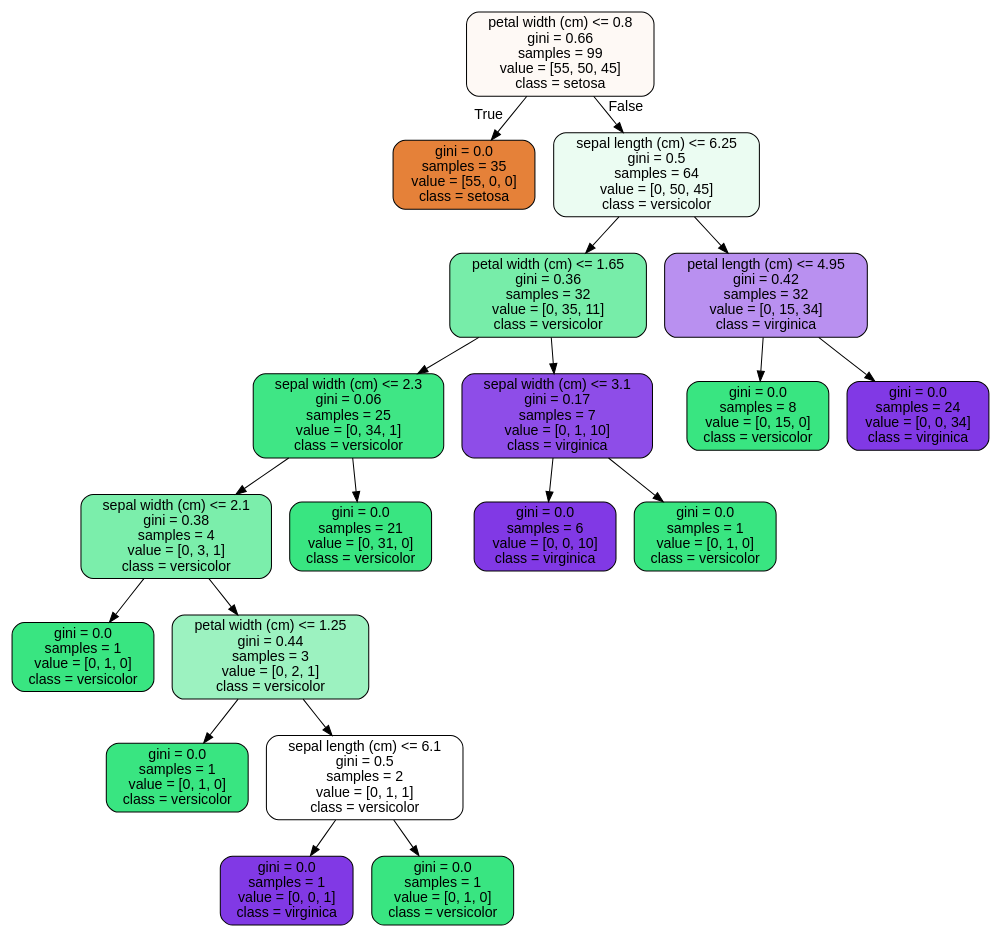
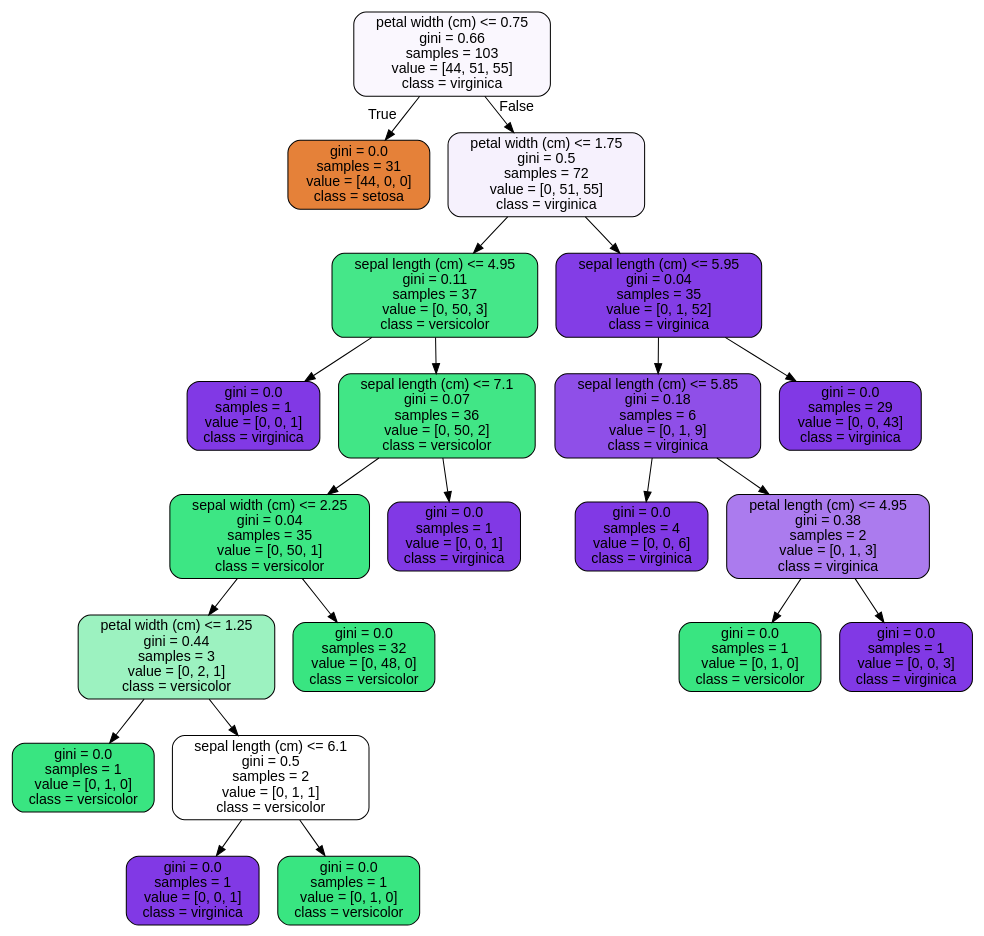
The diagram in RandomForest Covid Case Study_06302020/tree.dot (zjbrown0689/dsc), drawn with Graphviz before and after one commit. The commit also changed 2 other files, not shown here.

```diff
--- a/RandomForest Covid Case Study_06302020/tree.dot
+++ b/RandomForest Covid Case Study_06302020/tree.dot
@@ -1,41 +1,45 @@
 digraph Tree {
 node [shape=box, style="filled, rounded", color="black", fontname="helvetica"] ;
 edge [fontname="helvetica"] ;
-0 [label="petal width (cm) <= 0.8\ngini = 0.66\nsamples = 99\nvalue = [55, 50, 45]\nclass = setosa", fillcolor="#fef9f5"] ;
-1 [label="gini = 0.0\nsamples = 35\nvalue = [55, 0, 0]\nclass = setosa", fillcolor="#e58139"] ;
+0 [label="petal width (cm) <= 0.75\ngini = 0.66\nsamples = 103\nvalue = [44, 51, 55]\nclass = virginica", fillcolor="#faf7fe"] ;
+1 [label="gini = 0.0\nsamples = 31\nvalue = [44, 0, 0]\nclass = setosa", fillcolor="#e58139"] ;
 0 -> 1 [labeldistance=2.5, labelangle=45, headlabel="True"] ;
-2 [label="sepal length (cm) <= 6.25\ngini = 0.5\nsamples = 64\nvalue = [0, 50, 45]\nclass = versicolor", fillcolor="#ebfcf2"] ;
+2 [label="petal width (cm) <= 1.75\ngini = 0.5\nsamples = 72\nvalue = [0, 51, 55]\nclass = virginica", fillcolor="#f6f1fd"] ;
 0 -> 2 [labeldistance=2.5, labelangle=-45, headlabel="False"] ;
-3 [label="petal width (cm) <= 1.65\ngini = 0.36\nsamples = 32\nvalue = [0, 35, 11]\nclass = versicolor", fillcolor="#77eda9"] ;
+3 [label="sepal length (cm) <= 4.95\ngini = 0.11\nsamples = 37\nvalue = [0, 50, 3]\nclass = versicolor", fillcolor="#45e789"] ;
 2 -> 3 ;
-4 [label="sepal width (cm) <= 2.3\ngini = 0.06\nsamples = 25\nvalue = [0, 34, 1]\nclass = versicolor", fillcolor="#3fe685"] ;
+4 [label="gini = 0.0\nsamples = 1\nvalue = [0, 0, 1]\nclass = virginica", fillcolor="#8139e5"] ;
 3 -> 4 ;
-5 [label="sepal width (cm) <= 2.1\ngini = 0.38\nsamples = 4\nvalue = [0, 3, 1]\nclass = versicolor", fillcolor="#7beeab"] ;
-4 -> 5 ;
-6 [label="gini = 0.0\nsamples = 1\nvalue = [0, 1, 0]\nclass = versicolor", fillcolor="#39e581"] ;
+5 [label="sepal length (cm) <= 7.1\ngini = 0.07\nsamples = 36\nvalue = [0, 50, 2]\nclass = versicolor", fillcolor="#41e686"] ;
+3 -> 5 ;
+6 [label="sepal width (cm) <= 2.25\ngini = 0.04\nsamples = 35\nvalue = [0, 50, 1]\nclass = versicolor", fillcolor="#3de684"] ;
 5 -> 6 ;
 7 [label="petal width (cm) <= 1.25\ngini = 0.44\nsamples = 3\nvalue = [0, 2, 1]\nclass = versicolor", fillcolor="#9cf2c0"] ;
-5 -> 7 ;
+6 -> 7 ;
 8 [label="gini = 0.0\nsamples = 1\nvalue = [0, 1, 0]\nclass = versicolor", fillcolor="#39e581"] ;
 7 -> 8 ;
 9 [label="sepal length (cm) <= 6.1\ngini = 0.5\nsamples = 2\nvalue = [0, 1, 1]\nclass = versicolor", fillcolor="#ffffff"] ;
 7 -> 9 ;
 10 [label="gini = 0.0\nsamples = 1\nvalue = [0, 0, 1]\nclass = virginica", fillcolor="#8139e5"] ;
 9 -> 10 ;
 11 [label="gini = 0.0\nsamples = 1\nvalue = [0, 1, 0]\nclass = versicolor", fillcolor="#39e581"] ;
 9 -> 11 ;
-12 [label="gini = 0.0\nsamples = 21\nvalue = [0, 31, 0]\nclass = versicolor", fillcolor="#39e581"] ;
-4 -> 12 ;
-13 [label="sepal width (cm) <= 3.1\ngini = 0.17\nsamples = 7\nvalue = [0, 1, 10]\nclass = virginica", fillcolor="#8e4de8"] ;
-3 -> 13 ;
-14 [label="gini = 0.0\nsamples = 6\nvalue = [0, 0, 10]\nclass = virginica", fillcolor="#8139e5"] ;
-13 -> 14 ;
-15 [label="gini = 0.0\nsamples = 1\nvalue = [0, 1, 0]\nclass = versicolor", fillcolor="#39e581"] ;
-13 -> 15 ;
-16 [label="petal length (cm) <= 4.95\ngini = 0.42\nsamples = 32\nvalue = [0, 15, 34]\nclass = virginica", fillcolor="#b990f0"] ;
-2 -> 16 ;
-17 [label="gini = 0.0\nsamples = 8\nvalue = [0, 15, 0]\nclass = versicolor", fillcolor="#39e581"] ;
-16 -> 17 ;
-18 [label="gini = 0.0\nsamples = 24\nvalue = [0, 0, 34]\nclass = virginica", fillcolor="#8139e5"] ;
-16 -> 18 ;
+12 [label="gini = 0.0\nsamples = 32\nvalue = [0, 48, 0]\nclass = versicolor", fillcolor="#39e581"] ;
+6 -> 12 ;
+13 [label="gini = 0.0\nsamples = 1\nvalue = [0, 0, 1]\nclass = virginica", fillcolor="#8139e5"] ;
+5 -> 13 ;
+14 [label="sepal length (cm) <= 5.95\ngini = 0.04\nsamples = 35\nvalue = [0, 1, 52]\nclass = virginica", fillcolor="#833de6"] ;
+2 -> 14 ;
+15 [label="sepal length (cm) <= 5.85\ngini = 0.18\nsamples = 6\nvalue = [0, 1, 9]\nclass = virginica", fillcolor="#8f4fe8"] ;
+14 -> 15 ;
+16 [label="gini = 0.0\nsamples = 4\nvalue = [0, 0, 6]\nclass = virginica", fillcolor="#8139e5"] ;
+15 -> 16 ;
+17 [label="petal length (cm) <= 4.95\ngini = 0.38\nsamples = 2\nvalue = [0, 1, 3]\nclass = virginica", fillcolor="#ab7bee"] ;
+15 -> 17 ;
+18 [label="gini = 0.0\nsamples = 1\nvalue = [0, 1, 0]\nclass = versicolor", fillcolor="#39e581"] ;
+17 -> 18 ;
+19 [label="gini = 0.0\nsamples = 1\nvalue = [0, 0, 3]\nclass = virginica", fillcolor="#8139e5"] ;
+17 -> 19 ;
+20 [label="gini = 0.0\nsamples = 29\nvalue = [0, 0, 43]\nclass = virginica", fillcolor="#8139e5"] ;
+14 -> 20 ;
 }
```
